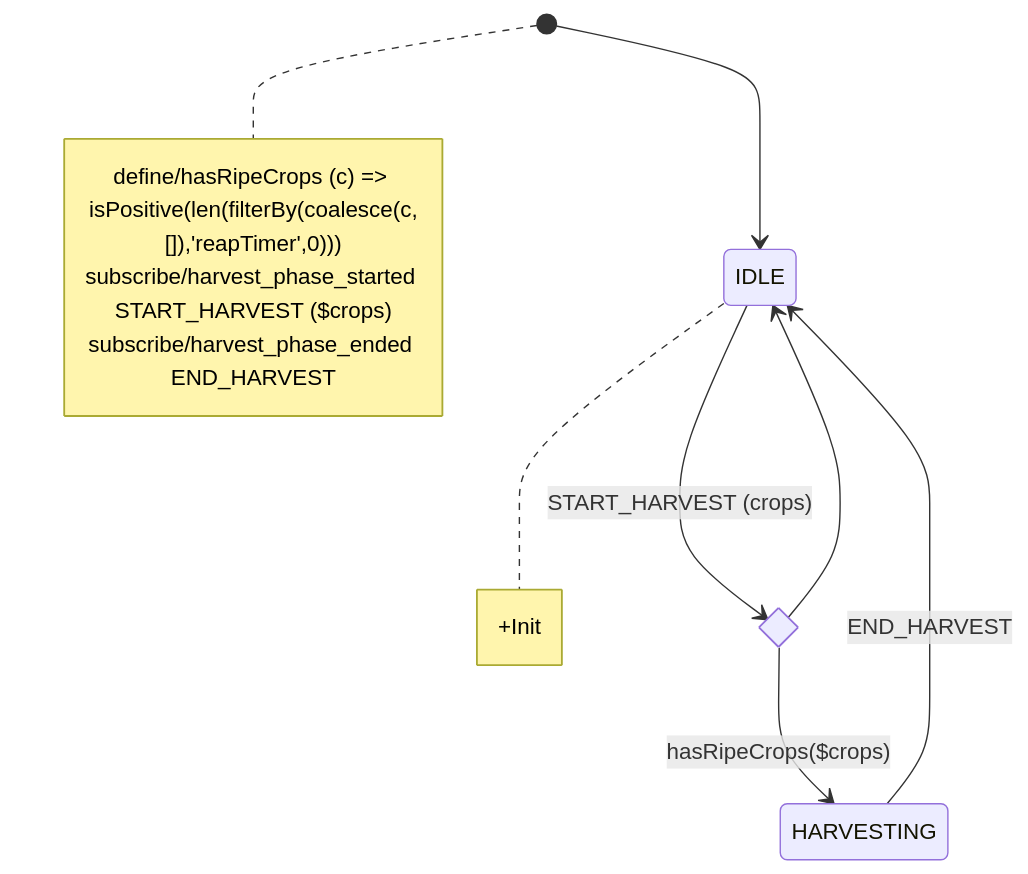
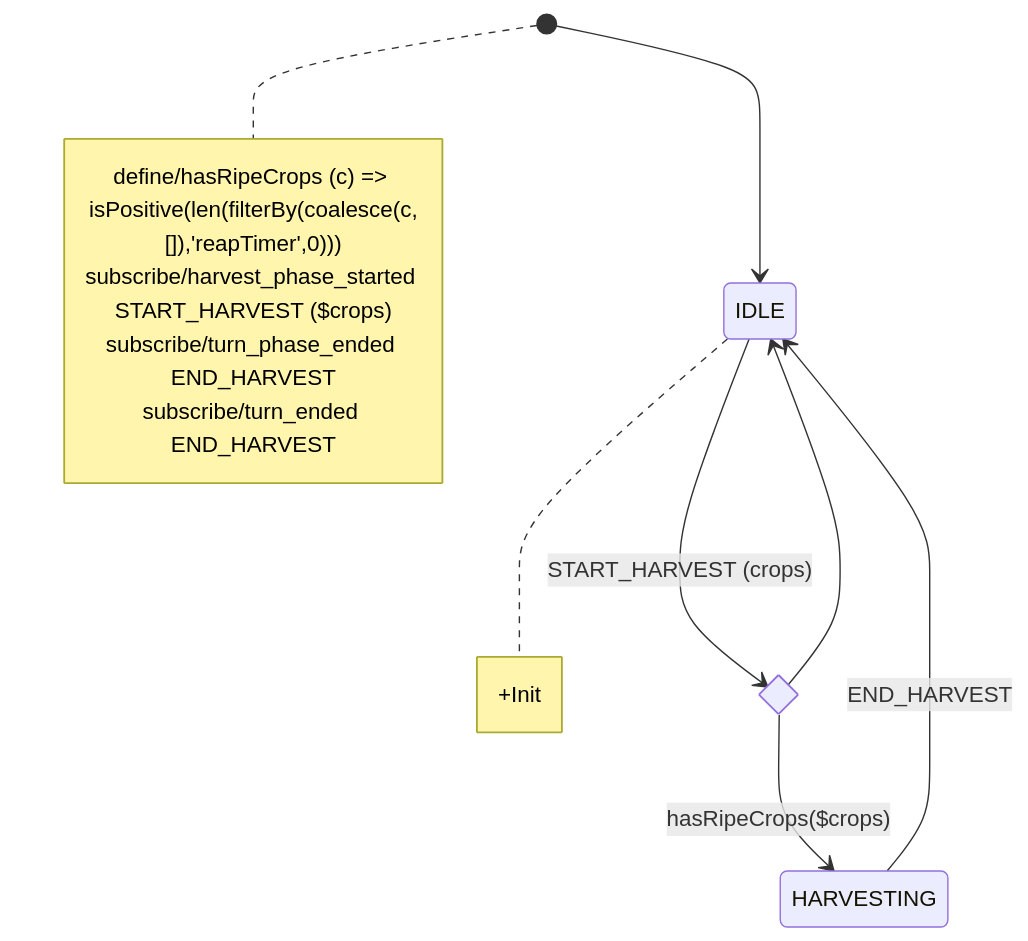
Before and after one commit to tfcp68/battle-farm: the diagram in src/shared/lib/fsm/diagrams/harvest.mermaid, drawn with Mermaid. The commit also changed 7 other files, not shown here.

First line of the commit message:
refactor(fsm): rewrite turn + 7 phase-machine diagrams for the new engine

```diff
--- a/src/shared/lib/fsm/diagrams/harvest.mermaid
+++ b/src/shared/lib/fsm/diagrams/harvest.mermaid
@@ -1,17 +1,18 @@
 stateDiagram-v2
     [*] --> IDLE
     state hasCrops <<choice>>
     IDLE --> hasCrops: START_HARVEST (crops)
     hasCrops --> HARVESTING: hasRipeCrops($crops)
     hasCrops --> IDLE
     HARVESTING --> IDLE: END_HARVEST
 
 note right of IDLE
 +Init
 end note
 
 note right of [*]
 define/hasRipeCrops (c) => isPositive(len(filterBy(coalesce(c,[]),'reapTimer',0)))
 subscribe/harvest_phase_started START_HARVEST ($crops)
-subscribe/harvest_phase_ended END_HARVEST
+subscribe/turn_phase_ended END_HARVEST
+subscribe/turn_ended END_HARVEST
 end note
```
